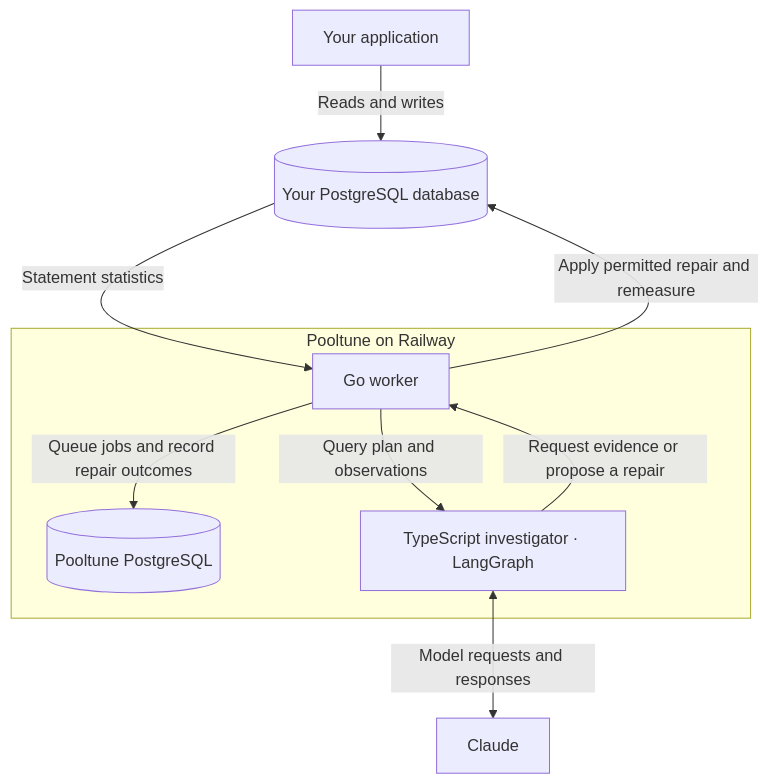
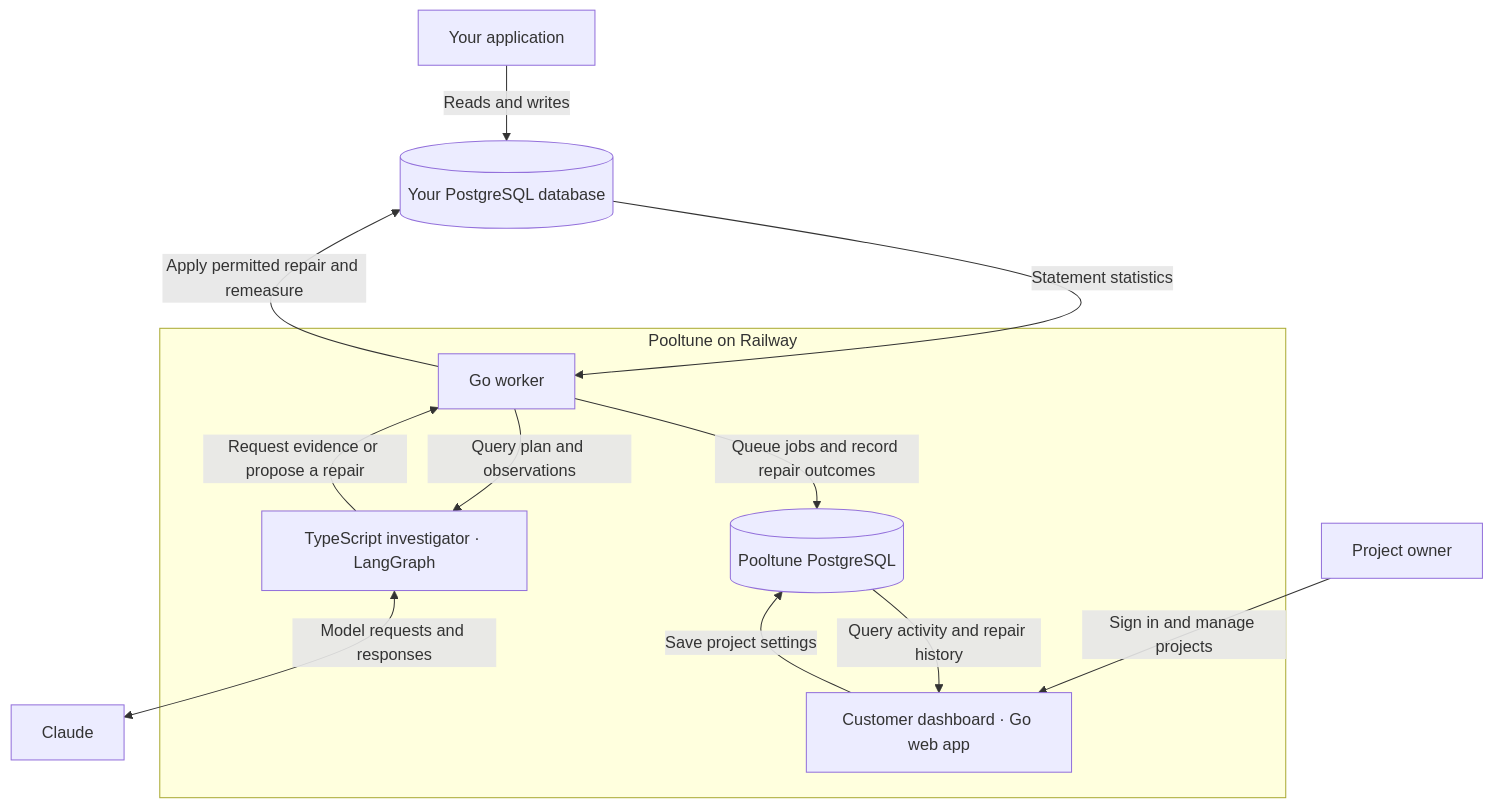
One commit to jyshum/pooltune changed the diagram in README.md. Above: the diagram before and after it, drawn with Mermaid. The commit also changed other lines of this file, not shown here.

Commit message:
Show the customer dashboard in the system architecture

````diff
--- a/README.md
+++ b/README.md
@@ -55,19 +57,23 @@
 ```mermaid
 flowchart TB
     accTitle: Pooltune system architecture
-    accDescr: The application queries its PostgreSQL database directly. In the background, Go samples PostgreSQL statistics and asks a LangGraph investigator to diagnose repeated expensive work. Go checks permissions, applies eligible repairs, and records the measured outcome.
+    accDescr: Project owners use the hosted dashboard to manage repairs and view recorded results. The application queries its PostgreSQL database directly. In the background, Go samples PostgreSQL statistics and asks a LangGraph investigator to diagnose repeated expensive work. Go checks permissions, applies eligible repairs, and records the measured outcome.
     app["Your application"] -->|Reads and writes| db[("Your PostgreSQL database")]
     db -->|Statement statistics| worker
     worker -->|Apply permitted repair and remeasure| db
 
     subgraph hosted["Pooltune on Railway"]
+        dashboard["Customer dashboard · Go web app"]
         worker["Go worker"]
         state[("Pooltune PostgreSQL")]
         investigator["TypeScript investigator · LangGraph"]
+        dashboard -->|Save project settings| state
+        state -->|Query activity and repair history| dashboard
         worker -->|Queue jobs and record repair outcomes| state
         worker -->|Query plan and observations| investigator
         investigator -->|Request evidence or propose a repair| worker
     end
 
+    owner["Project owner"] -->|Sign in and manage projects| dashboard
     investigator <-->|Model requests and responses| claude["Claude"]
 ```
````
